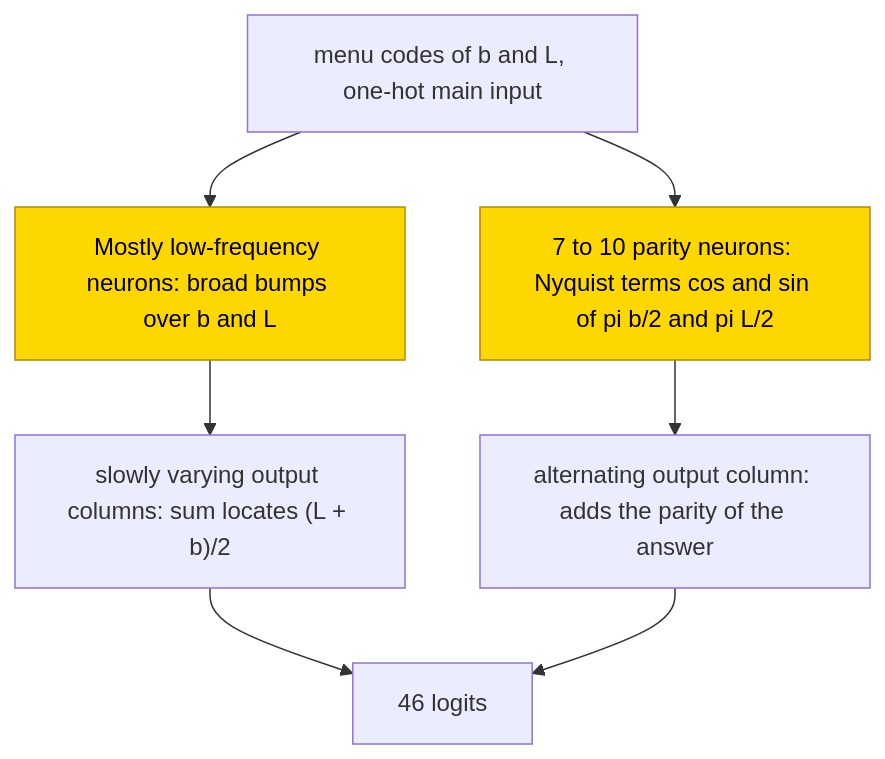
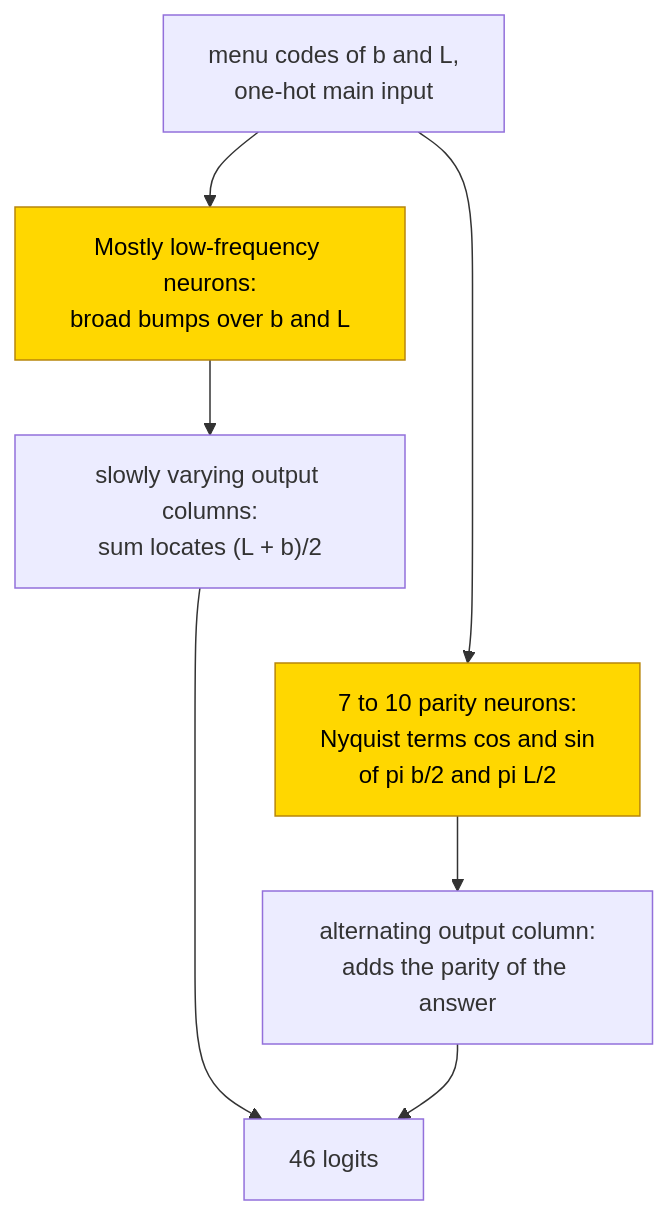
One commit to jc1122/mechanistic-interpretability-circuit-atlas changed the second of 2 diagrams in entries/open-bracket-count.md. Above: the diagram before and after it, drawn with Mermaid. The commit also changed other lines of this file and 40 other files, not shown here.

First line of the commit message:
Cold-reader pass on all 41 entries: reading routes, first-screen scopes, accessible diagrams, verified headline sources (ux_reader1/2)

````diff
--- a/entries/open-bracket-count.md
+++ b/entries/open-bracket-count.md
@@ -211,11 +206,15 @@
 ```mermaid
 flowchart TD
-    IN["menu codes of b and L, one-hot main input"] --> LK["Mostly low-frequency neurons: broad bumps over b and L"]
-    IN --> PN["7 to 10 parity neurons: Nyquist terms cos and sin of pi b/2 and pi L/2"]
-    LK --> SUM["slowly varying output columns: sum locates (L + b)/2"]
-    PN --> PAR["alternating output column: adds the parity of the answer"]
+    accTitle: Approximate clock and parity count channels
+    accDescr: The trained hidden neurons combine broad low-frequency responses with a smaller odd-even channel before producing count scores. The cosine description is partial and tested on training-inclusive all-cell data, with no complement test.
+    IN["menu codes of b and L,<br/>one-hot main input"] --> LK["Mostly low-frequency neurons:<br/>broad bumps over b and L"]
+    IN --> PN["7 to 10 parity neurons:<br/>Nyquist terms cos and sin<br/>of pi b/2 and pi L/2"]
+    LK --> SUM["slowly varying output columns:<br/>sum locates (L + b)/2"]
+    PN --> PAR["alternating output column:<br/>adds the parity of the answer"]
     SUM --> Y["46 logits"]
     PAR --> Y
+    %% Invisible link stacks independent channels; it is not a computational path.
+    SUM ~~~ PN
     classDef trained fill:gold,stroke:darkgoldenrod,color:black
     class LK,PN trained
 ```
````
